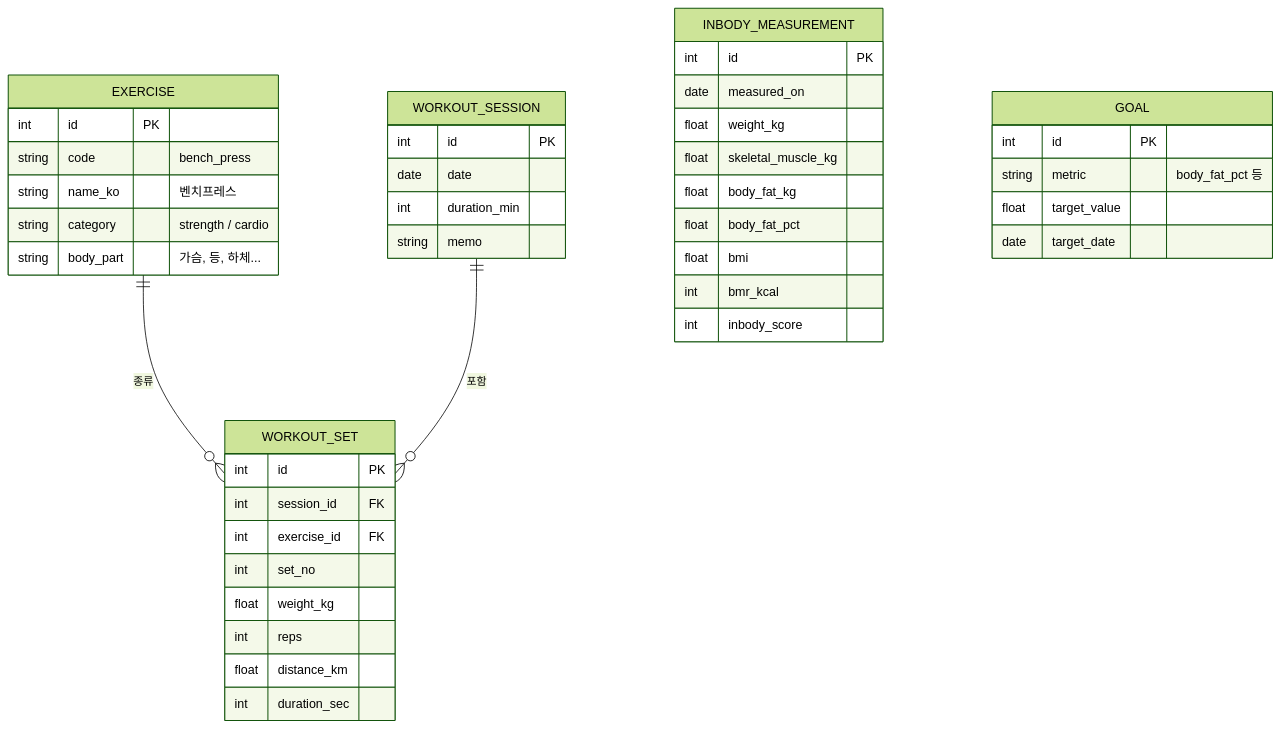
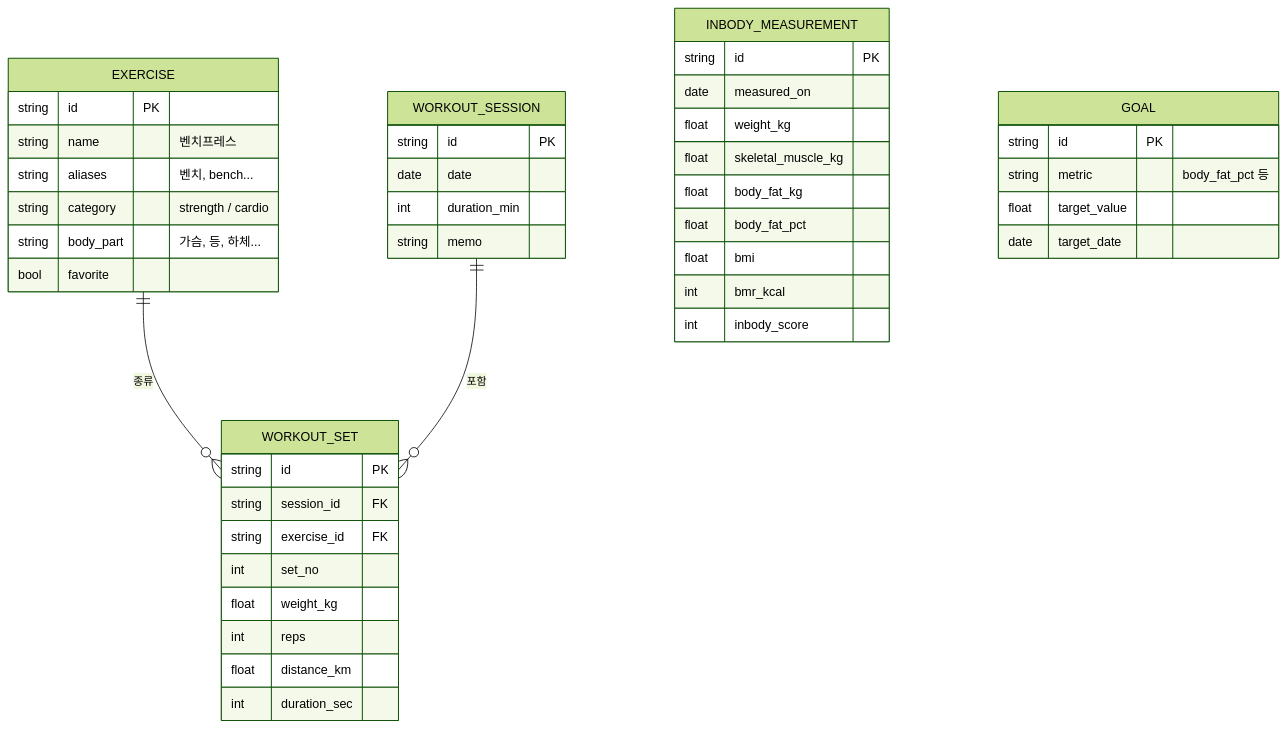
Before and after one commit to y2j1004-run/003.workout_mgmt: the third of 5 diagrams in docs/ARCHITECTURE.md, drawn with Mermaid (forest theme). The commit also changed other lines of this file and 1 other file, not shown here.

First line of the commit message:
Revise architecture to installable mobile PWA

````diff
--- a/docs/ARCHITECTURE.md
+++ b/docs/ARCHITECTURE.md
@@ -100,48 +114,49 @@
 ```mermaid
 erDiagram
     EXERCISE ||--o{ WORKOUT_SET : "종류"
     WORKOUT_SESSION ||--o{ WORKOUT_SET : "포함"
     INBODY_MEASUREMENT
     GOAL
 
     EXERCISE {
-        int id PK
-        string code "bench_press"
-        string name_ko "벤치프레스"
+        string id PK
+        string name "벤치프레스"
+        string aliases "벤치, bench..."
         string category "strength / cardio"
         string body_part "가슴, 등, 하체..."
+        bool favorite
     }
     WORKOUT_SESSION {
-        int id PK
+        string id PK
         date date
         int duration_min
         string memo
     }
     WORKOUT_SET {
-        int id PK
-        int session_id FK
-        int exercise_id FK
+        string id PK
+        string session_id FK
+        string exercise_id FK
         int set_no
         float weight_kg
         int reps
         float distance_km
         int duration_sec
     }
     INBODY_MEASUREMENT {
-        int id PK
+        string id PK
         date measured_on
         float weight_kg
         float skeletal_muscle_kg
         float body_fat_kg
         float body_fat_pct
         float bmi
         int bmr_kcal
         int inbody_score
     }
     GOAL {
-        int id PK
+        string id PK
         string metric "body_fat_pct 등"
         float target_value
         date target_date
     }
 ```
````
